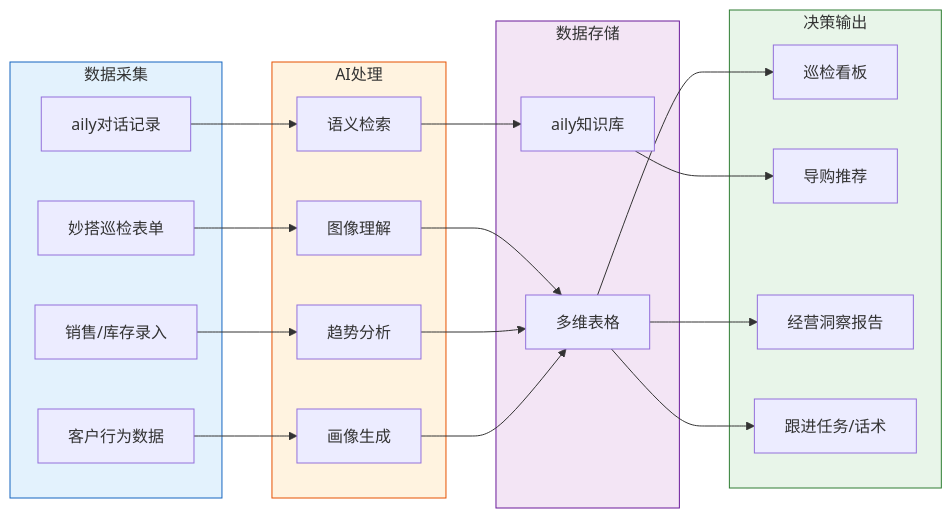
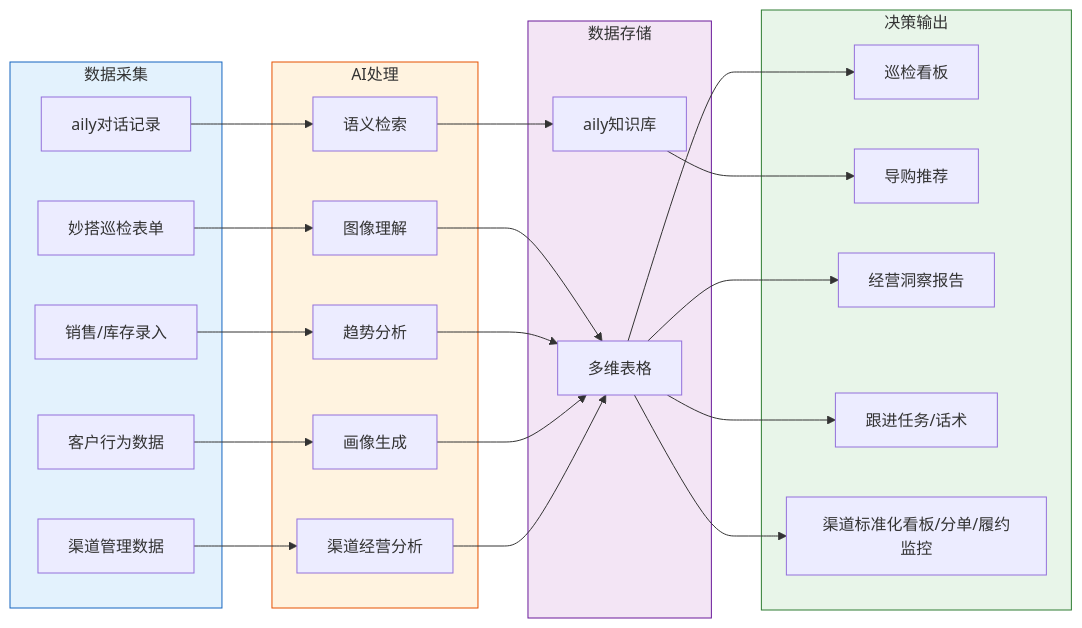
One commit to yunmm123/yuhong-smart-store changed the second of 17 diagrams in docs/02_技术方案架构设计文档.md. Above: the diagram before and after it, drawn with Mermaid. The commit also changed other lines of this file and 34 other files, not shown here.

````diff
--- a/docs/02_技术方案架构设计文档.md
+++ b/docs/02_技术方案架构设计文档.md
@@ -92,38 +102,42 @@
 ```mermaid
 flowchart LR
     subgraph 采集["数据采集"]
         C1["妙搭巡检表单"]
         C2["aily对话记录"]
         C3["销售/库存录入"]
         C4["客户行为数据"]
+        C5["渠道管理数据"]
     end
 
     subgraph 处理["AI处理"]
         P1["图像理解"]
         P2["语义检索"]
         P3["趋势分析"]
         P4["画像生成"]
+        P5["渠道经营分析"]
     end
 
     subgraph 存储["数据存储"]
         S1["多维表格"]
         S2["aily知识库"]
     end
 
     subgraph 输出["决策输出"]
         O1["巡检看板"]
         O2["导购推荐"]
         O3["经营洞察报告"]
         O4["跟进任务/话术"]
+        O5["渠道标准化看板/分单/履约监控"]
     end
 
     C1 --> P1 --> S1 --> O1
     C2 --> P2 --> S2 --> O2
     C3 --> P3 --> S1 --> O3
     C4 --> P4 --> S1 --> O4
+    C5 --> P5 --> S1 --> O5
 
     style 采集 fill:#E3F2FD,stroke:#1565C0
     style 处理 fill:#FFF3E0,stroke:#E65100
     style 存储 fill:#F3E5F5,stroke:#6A1B9A
     style 输出 fill:#E8F5E9,stroke:#2E7D32
 ```
````
